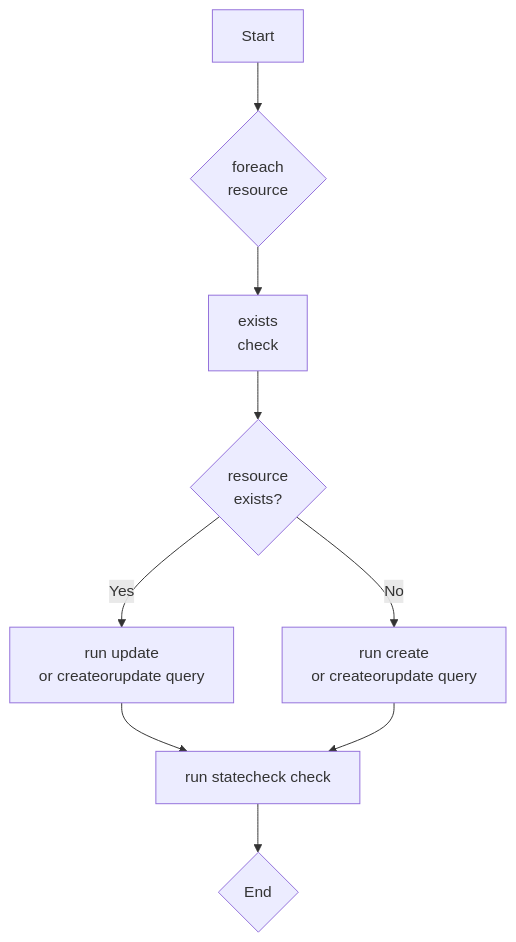
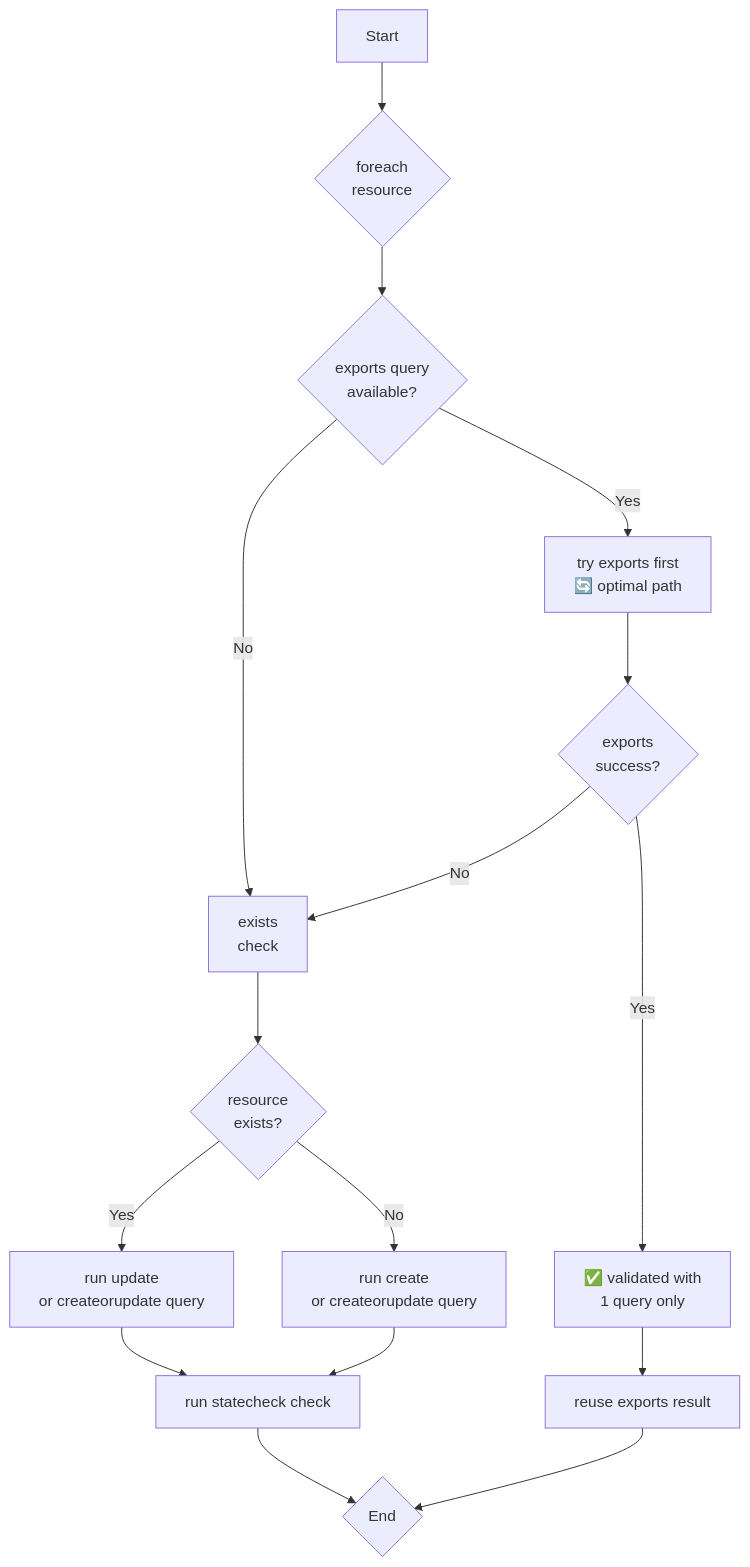
One commit to stackql/stackql-deploy changed the diagram in README.md. Above: the diagram before and after it, drawn with Mermaid. The commit also changed other lines of this file and 14 other files, not shown here.

````diff
--- a/README.md
+++ b/README.md
@@ -135,11 +135,18 @@
 ```mermaid
 graph TB
     A[Start] --> B{foreach\nresource}
-    B --> C[exists\ncheck]
-    C --> D{resource\nexists?}
-    D -- Yes --> E[run update\nor createorupdate query]
-    D -- No --> F[run create\nor createorupdate query]
-    E --> G[run statecheck check]
-    F --> G
-    G --> H{End}
+    B --> C{exports query\navailable?}
+    C -- Yes --> D[try exports first\n🔄 optimal path]
+    C -- No --> E[exists\ncheck]
+    D --> F{exports\nsuccess?}
+    F -- Yes --> G[✅ validated with\n1 query only]
+    F -- No --> E
+    E --> H{resource\nexists?}
+    H -- Yes --> I[run update\nor createorupdate query]
+    H -- No --> J[run create\nor createorupdate query]
+    I --> K[run statecheck check]
+    J --> K
+    G --> L[reuse exports result]
+    K --> M{End}
+    L --> M
 ```
````
